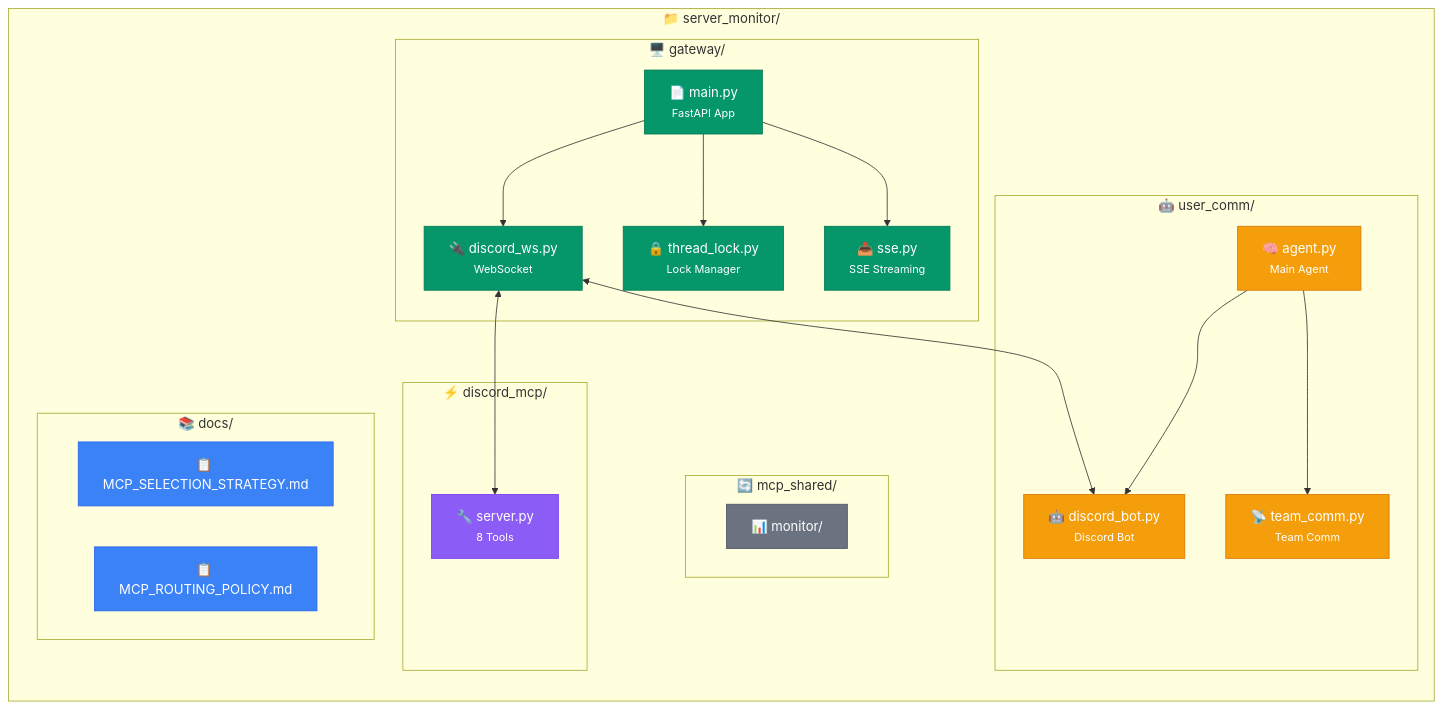
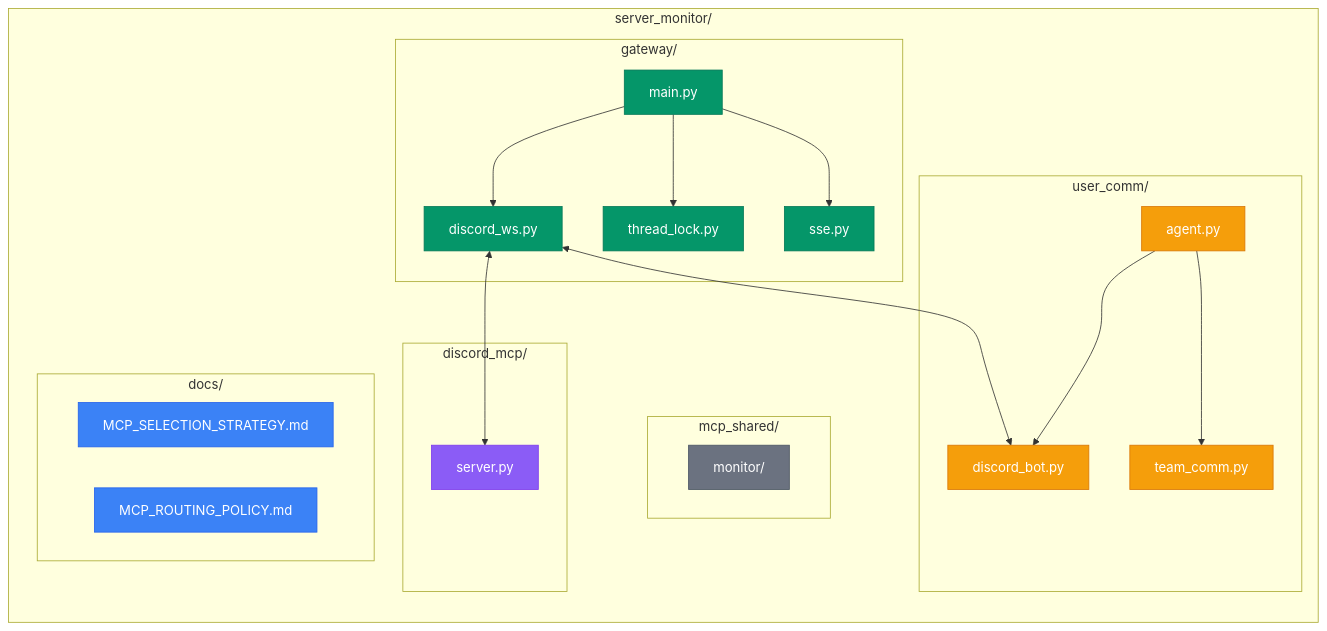
Before and after one commit to yarang/blogs: the seventh of 8 diagrams in content/en/post/2026-03-01-013-discord-gateway-mcp-architecture-design.md, drawn with Mermaid. The commit also changed other lines of this file and 1 other file, not shown here.

First line of the commit message:
Fix Mermaid parsing errors for web rendering

````diff
--- a/content/en/post/2026-03-01-013-discord-gateway-mcp-architecture-design.md
+++ b/content/en/post/2026-03-01-013-discord-gateway-mcp-architecture-design.md
@@ -408,47 +391,46 @@
 ```mermaid
 flowchart TB
-    %% Style definitions
     classDef gateway fill:#059669,stroke:#047857,color:#fff
     classDef usercomm fill:#F59E0B,stroke:#D97706,color:#fff
     classDef mcp fill:#8B5CF6,stroke:#7C3AED,color:#fff
     classDef shared fill:#6B7280,stroke:#4B5563,color:#fff
     classDef docs fill:#3B82F6,stroke:#2563EB,color:#fff
 
-    subgraph Project["📁 server_monitor/"]
+    subgraph Project["server_monitor/"]
         direction TB
 
-        subgraph GwDir["🖥️ gateway/"]
-            Main["📄 main.py<br/><small>FastAPI App</small>"]:::gateway
-            WS["🔌 discord_ws.py<br/><small>WebSocket</small>"]:::gateway
-            Lock["🔒 thread_lock.py<br/><small>Lock Manager</small>"]:::gateway
-            SSE["📤 sse.py<br/><small>SSE Streaming</small>"]:::gateway
+        subgraph GwDir["gateway/"]
+            Main["main.py"]:::gateway
+            WS["discord_ws.py"]:::gateway
+            Lock["thread_lock.py"]:::gateway
+            SSE["sse.py"]:::gateway
         end
 
-        subgraph UcDir["🤖 user_comm/"]
-            Agent["🧠 agent.py<br/><small>Main Agent</small>"]:::usercomm
-            Bot["🤖 discord_bot.py<br/><small>Discord Bot</small>"]:::usercomm
-            Team["📡 team_comm.py<br/><small>Team Comm</small>"]:::usercomm
+        subgraph UcDir["user_comm/"]
+            Agent["agent.py"]:::usercomm
+            Bot["discord_bot.py"]:::usercomm
+            Team["team_comm.py"]:::usercomm
         end
 
-        subgraph McpDir["⚡ discord_mcp/"]
-            Server["🔧 server.py<br/><small>8 Tools</small>"]:::mcp
+        subgraph McpDir["discord_mcp/"]
+            Server["server.py"]:::mcp
         end
 
-        subgraph SharedDir["🔄 mcp_shared/"]
-            Monitor["📊 monitor/"]:::shared
+        subgraph SharedDir["mcp_shared/"]
+            Monitor["monitor/"]:::shared
         end
 
-        subgraph DocsDir["📚 docs/"]
-            Strategy["📋 MCP_SELECTION_STRATEGY.md"]:::docs
-            Policy["📋 MCP_ROUTING_POLICY.md"]:::docs
+        subgraph DocsDir["docs/"]
+            Strategy["MCP_SELECTION_STRATEGY.md"]:::docs
+            Policy["MCP_ROUTING_POLICY.md"]:::docs
         end
     end
 
     Main --> WS
     Main --> Lock
     Main --> SSE
     WS <--> Server
     WS <--> Bot
     Agent --> Bot
     Agent --> Team
 ```
````
